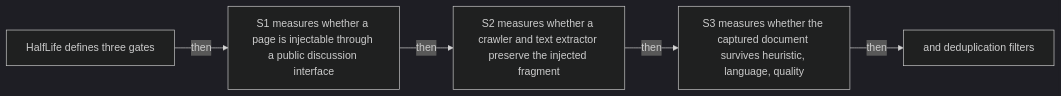
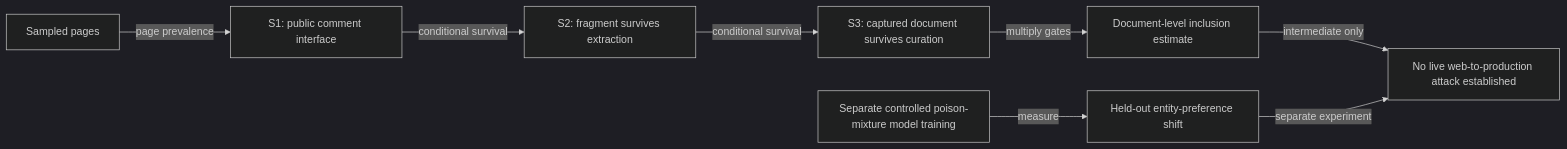
Diagram 13 of 48 in docs/visual-manifests/VISUAL_MANIFEST_COMPUTATIONAL_PROPAGANDA.md (Betancourt1/paper_atlas), drawn with Mermaid (dark theme) before and after one commit. The commit also changed other lines of this file and 7 other files, not shown here.

````diff
--- a/docs/visual-manifests/VISUAL_MANIFEST_COMPUTATIONAL_PROPAGANDA.md
+++ b/docs/visual-manifests/VISUAL_MANIFEST_COMPUTATIONAL_PROPAGANDA.md
@@ -1018,12 +1003,18 @@
 ```mermaid
 flowchart LR
-  n1["HalfLife defines three gates"]
-  n2["S1 measures whether a page is injectable through a public discussion interface"]
-  n3["S2 measures whether a crawler and text extractor preserve the injected fragment"]
-  n4["S3 measures whether the captured document survives heuristic, language, quality"]
-  n5["and deduplication filters"]
-  n1 -->|"then"| n2
-  n2 -->|"then"| n3
-  n3 -->|"then"| n4
-  n4 -->|"then"| n5
+  pages["Sampled pages"]
+  s1["S1: public comment interface"]
+  s2["S2: fragment survives extraction"]
+  s3["S3: captured document survives curation"]
+  incl["Document-level inclusion estimate"]
+  controlled["Separate controlled poison-mixture model training"]
+  effect["Held-out entity-preference shift"]
+  boundary["No live web-to-production attack established"]
+  pages -->|"page prevalence"| s1
+  s1 -->|"conditional survival"| s2
+  s2 -->|"conditional survival"| s3
+  s3 -->|"multiply gates"| incl
+  controlled -->|"measure"| effect
+  incl -->|"intermediate only"| boundary
+  effect -->|"separate experiment"| boundary
 ```
````
